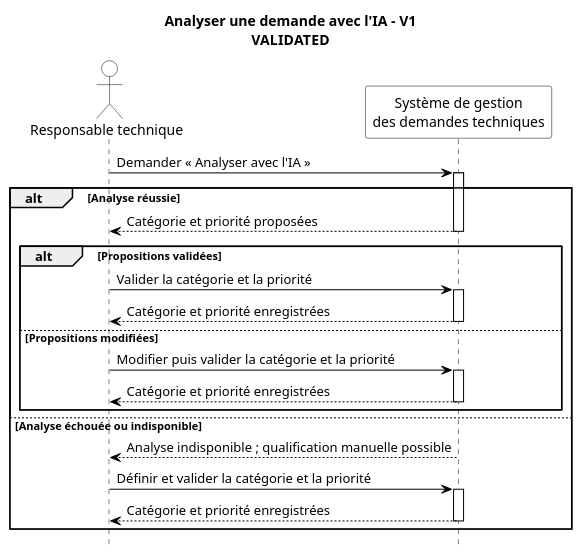
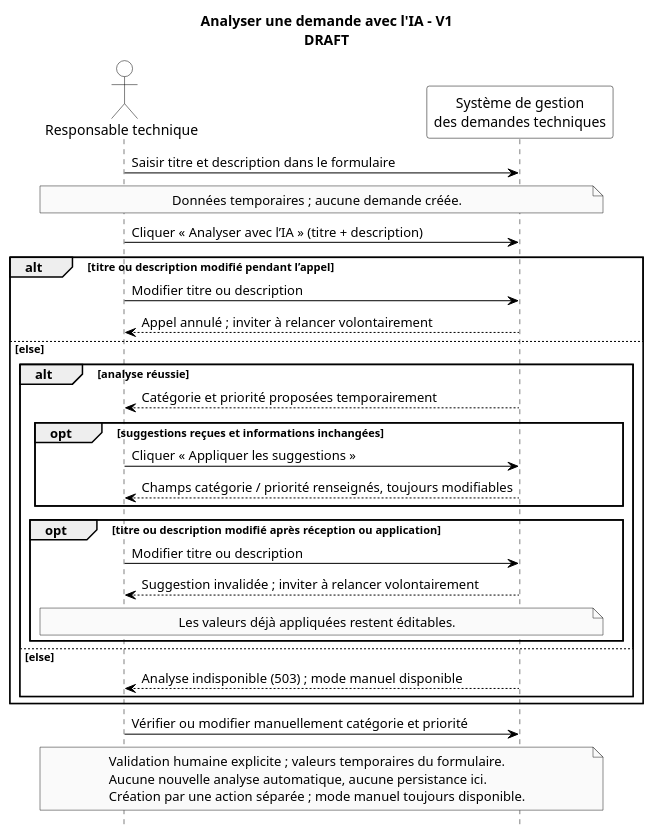
The diagram in docs/uml/sequence/ai-analysis-v1.puml (akrouty/gestion-demandes-techniques), drawn with PlantUML before and after one commit. The commit also changed 9 other files, not shown here.

Commit message:
modification uml

```diff
--- a/docs/uml/sequence/ai-analysis-v1.puml
+++ b/docs/uml/sequence/ai-analysis-v1.puml
@@ -1,54 +1,63 @@
 @startuml
 
-' Statut : VALIDATED
-title Analyser une demande avec l'IA - V1\nVALIDATED
+' Statut : DRAFT
+title Analyser une demande avec l'IA - V1\nDRAFT
 
 hide footbox
+' PlantUML affiche nativement les gardes des fragments entre crochets.
 skinparam monochrome true
 skinparam shadowing false
 skinparam backgroundColor white
 skinparam sequence {
   ArrowColor black
   ActorBorderColor black
   ActorBackgroundColor white
   ActorFontColor black
   ParticipantBorderColor black
   ParticipantBackgroundColor white
   ParticipantFontColor black
   LifeLineBorderColor black
   LifeLineBackgroundColor white
   GroupBorderColor black
   GroupHeaderFontColor black
   GroupBodyBackgroundColor white
 }
 
 actor "Responsable technique" as RT
 participant "Système de gestion\ndes demandes techniques" as SYSTEM
 
-RT -> SYSTEM : Demander « Analyser avec l'IA »
-activate SYSTEM
-
-alt Analyse réussie
-  SYSTEM --> RT : Catégorie et priorité proposées
-  deactivate SYSTEM
-  alt Propositions validées
-    RT -> SYSTEM : Valider la catégorie et la priorité
-    activate SYSTEM
-    SYSTEM --> RT : Catégorie et priorité enregistrées
-    deactivate SYSTEM
-  else Propositions modifiées
-    RT -> SYSTEM : Modifier puis valider la catégorie et la priorité
-    activate SYSTEM
-    SYSTEM --> RT : Catégorie et priorité enregistrées
-    deactivate SYSTEM
+RT -> SYSTEM : Saisir titre et description dans le formulaire
+note over RT, SYSTEM : Données temporaires ; aucune demande créée.
+RT -> SYSTEM : Cliquer « Analyser avec l’IA » (titre + description)
+' Garde UML : [titre ou description modifié pendant l’appel]
+alt titre ou description modifié pendant l’appel
+  RT -> SYSTEM : Modifier titre ou description
+  SYSTEM --> RT : Appel annulé ; inviter à relancer volontairement
+' Garde UML : [else]
+else else
+  ' Garde UML : [analyse réussie]
+  alt analyse réussie
+    SYSTEM --> RT : Catégorie et priorité proposées temporairement
+    ' Garde UML : [suggestions reçues et informations inchangées]
+    opt suggestions reçues et informations inchangées
+      RT -> SYSTEM : Cliquer « Appliquer les suggestions »
+      SYSTEM --> RT : Champs catégorie / priorité renseignés, toujours modifiables
+    end
+    ' Garde UML : [titre ou description modifié après réception ou application]
+    opt titre ou description modifié après réception ou application
+      RT -> SYSTEM : Modifier titre ou description
+      SYSTEM --> RT : Suggestion invalidée ; inviter à relancer volontairement
+      note over RT, SYSTEM : Les valeurs déjà appliquées restent éditables.
+    end
+  ' Garde UML : [else]
+  else else
+    SYSTEM --> RT : Analyse indisponible (503) ; mode manuel disponible
   end
-else Analyse échouée ou indisponible
-  SYSTEM --> RT : Analyse indisponible ; qualification manuelle possible
-  deactivate SYSTEM
-  RT -> SYSTEM : Définir et valider la catégorie et la priorité
-  activate SYSTEM
-  SYSTEM --> RT : Catégorie et priorité enregistrées
-  deactivate SYSTEM
 end
-
+RT -> SYSTEM : Vérifier ou modifier manuellement catégorie et priorité
+note over RT, SYSTEM
+  Validation humaine explicite ; valeurs temporaires du formulaire.
+  Aucune nouvelle analyse automatique, aucune persistance ici.
+  Création par une action séparée ; mode manuel toujours disponible.
+end note
 @enduml
```
